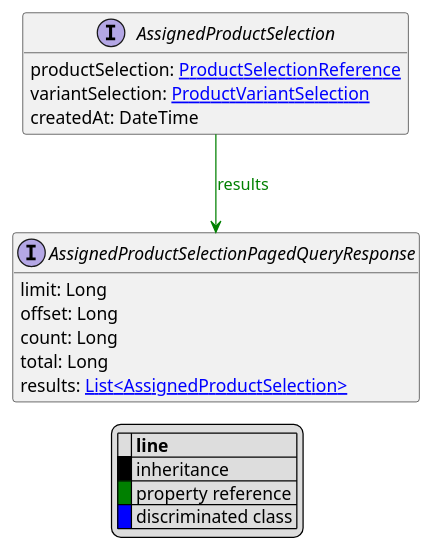
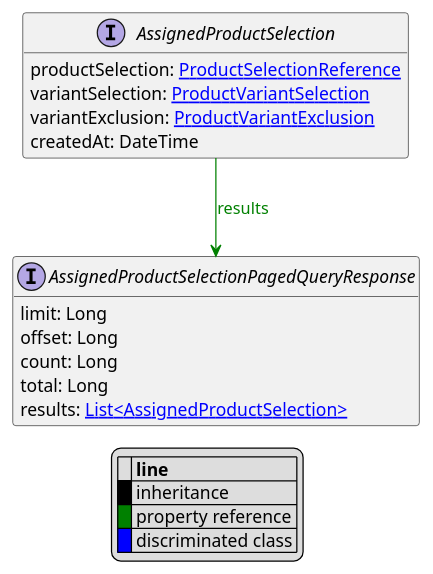
Before and after one commit to commercetools/commercetools-api-reference: the diagram in uml/api/AssignedProductSelection.puml, drawn with PlantUML. The commit also changed 51 other files, not shown here.

```diff
--- a/uml/api/AssignedProductSelection.puml
+++ b/uml/api/AssignedProductSelection.puml
@@ -1,28 +1,29 @@
 @startuml
 
 hide empty fields
 hide empty methods
 legend
 |= |= line |
 |<back:black>   </back>| inheritance |
 |<back:green>   </back>| property reference |
 |<back:blue>   </back>| discriminated class |
 endlegend
 interface AssignedProductSelection [[AssignedProductSelection.svg]]  {
     productSelection: [[ProductSelectionReference.svg ProductSelectionReference]]
     variantSelection: [[ProductVariantSelection.svg ProductVariantSelection]]
+    variantExclusion: [[ProductVariantExclusion.svg ProductVariantExclusion]]
     createdAt: DateTime
 }
 
 
 
 interface AssignedProductSelectionPagedQueryResponse [[AssignedProductSelectionPagedQueryResponse.svg]]  {
     limit: Long
     offset: Long
     count: Long
     total: Long
     results: [[AssignedProductSelection.svg List<AssignedProductSelection>]]
 }
 
 AssignedProductSelection --> AssignedProductSelectionPagedQueryResponse #green;text:green : "results"
 @enduml
```
